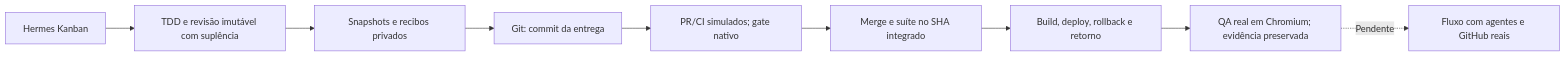
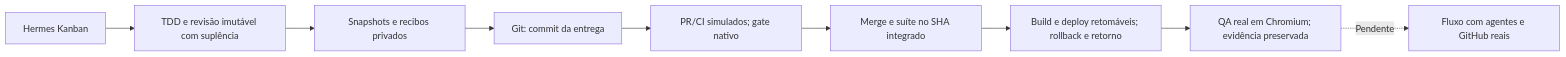
Before and after one commit to codifydeep/fabriquinha: the first of 9 diagrams in README.md, drawn with Mermaid. The commit also changed other lines of this file and 10 other files, not shown here.

````diff
--- a/README.md
+++ b/README.md
@@ -25,11 +26,11 @@
 ```mermaid
 flowchart LR
     K[Hermes Kanban] --> T[TDD e revisão imutável com suplência]
     T --> S[Snapshots e recibos privados]
     S --> G[Git: commit da entrega]
     G --> P[PR/CI simulados; gate nativo]
     P --> M[Merge e suíte no SHA integrado]
-    M --> D[Build, deploy, rollback e retorno]
+    M --> D[Build e deploy retomáveis; rollback e retorno]
     D --> Q[QA real em Chromium; evidência preservada]
     Q -. Pendente .-> A[Fluxo com agentes e GitHub reais]
 ```
````
